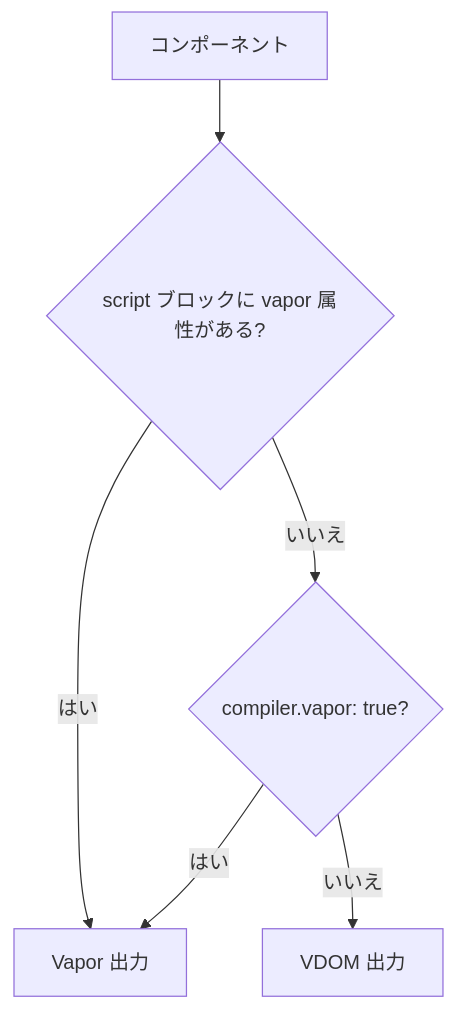
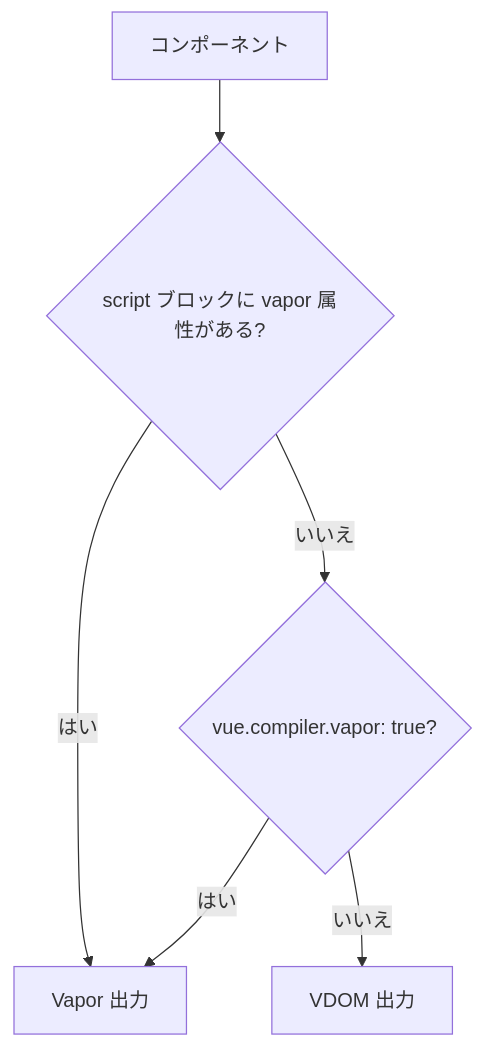
Before and after one commit to ubugeeei-prod/vize: the diagram in docs/content/ja/guide/vapor.md, drawn with Mermaid. The commit also changed other lines of this file and 3 other files, not shown here.

First line of the commit message:
docs(guide): use the vue section in type checking and Vapor examples

````diff
--- a/docs/content/ja/guide/vapor.md
+++ b/docs/content/ja/guide/vapor.md
@@ -19,8 +19,8 @@
 ```mermaid
 flowchart TD
   A["コンポーネント"] --> B{"script ブロックに vapor 属性がある?"}
   B -- はい --> V["Vapor 出力"]
-  B -- いいえ --> C{"compiler.vapor: true?"}
+  B -- いいえ --> C{"vue.compiler.vapor: true?"}
   C -- はい --> V
   C -- いいえ --> D["VDOM 出力"]
 ```
````
